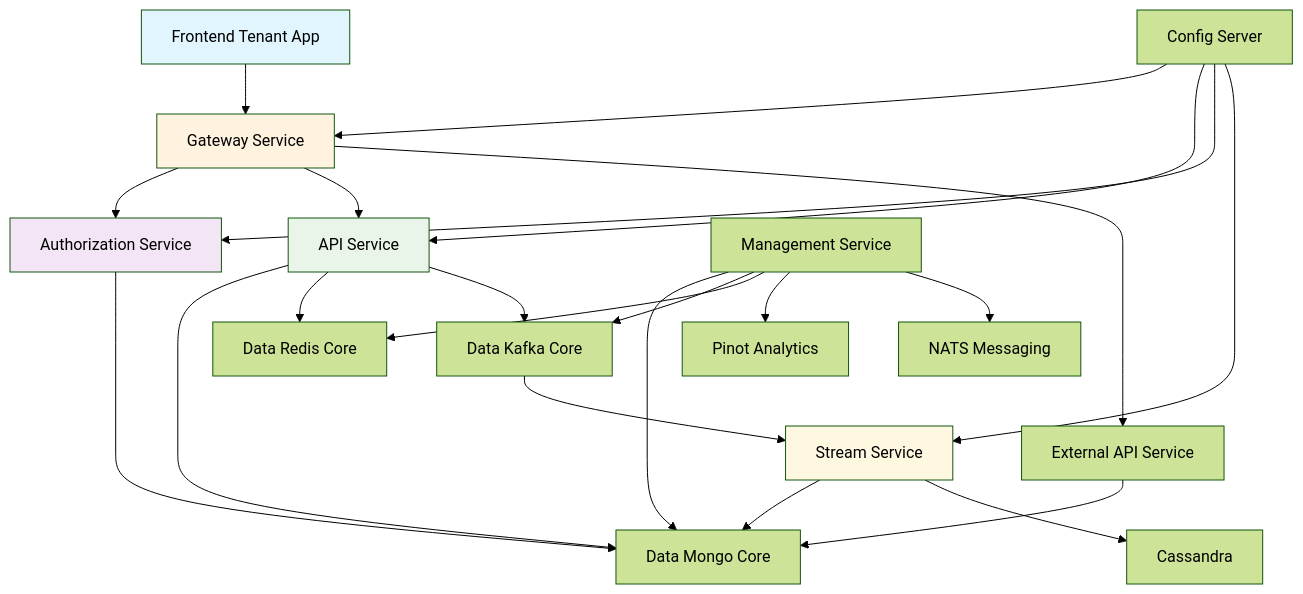
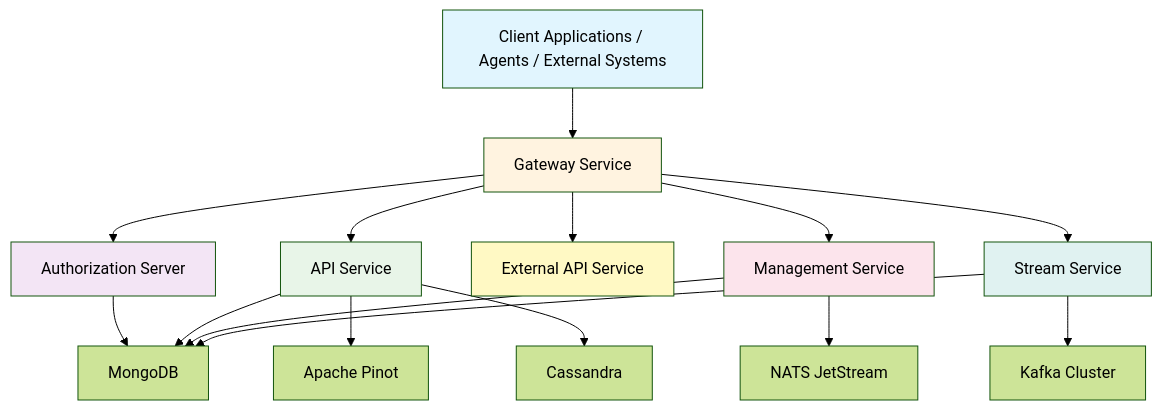
One commit to Praesto-Pro/openframe-oss-tenant changed the first of 3 diagrams in README.md. Above: the diagram before and after it, drawn with Mermaid (forest theme). The commit also changed other lines of this file and 149 other files, not shown here.

````diff
--- a/README.md
+++ b/README.md
@@ -57,35 +59,28 @@
 ```mermaid
 flowchart TD
-    User["Frontend Tenant App"] --> Gateway["Gateway Service"]
-    Gateway --> Authz["Authorization Service"]
+    Client["Client Applications / Agents / External Systems"] --> Gateway["Gateway Service"]
+
+    Gateway --> Auth["Authorization Server"]
     Gateway --> Api["API Service"]
     Gateway --> ExternalApi["External API Service"]
+    Gateway --> Management["Management Service"]
+    Gateway --> Stream["Stream Service"]
 
-    Api --> Mongo["Data Mongo Core"]
-    Api --> Redis["Data Redis Core"]
-    Api --> Kafka["Data Kafka Core"]
+    Auth --> Mongo["MongoDB"]
+    Api --> Mongo
+    Api --> Pinot["Apache Pinot"]
+    Api --> Cassandra["Cassandra"]
+    Management --> Mongo
+    Management --> Nats["NATS JetStream"]
 
-    ExternalApi --> Mongo
-    Authz --> Mongo
+    Stream --> Kafka["Kafka Cluster"]
+    Stream --> Mongo
 
-    Kafka --> Stream["Stream Service"]
-    Stream --> Mongo
-    Stream --> Cassandra["Cassandra"]
-
-    Management["Management Service"] --> Mongo
-    Management --> Kafka
-    Management --> Redis
-    Management --> Pinot["Pinot Analytics"]
-    Management --> NATS["NATS Messaging"]
-
-    Config["Config Server"] --> Gateway
-    Config --> Api
-    Config --> Authz
-    Config --> Stream
-
-    style User fill:#e1f5fe
+    style Client fill:#e1f5fe
     style Gateway fill:#fff3e0
-    style Authz fill:#f3e5f5
+    style Auth fill:#f3e5f5
     style Api fill:#e8f5e8
-    style Stream fill:#fff8e1
+    style ExternalApi fill:#fff9c4
+    style Management fill:#fce4ec
+    style Stream fill:#e0f2f1
 ```
````
